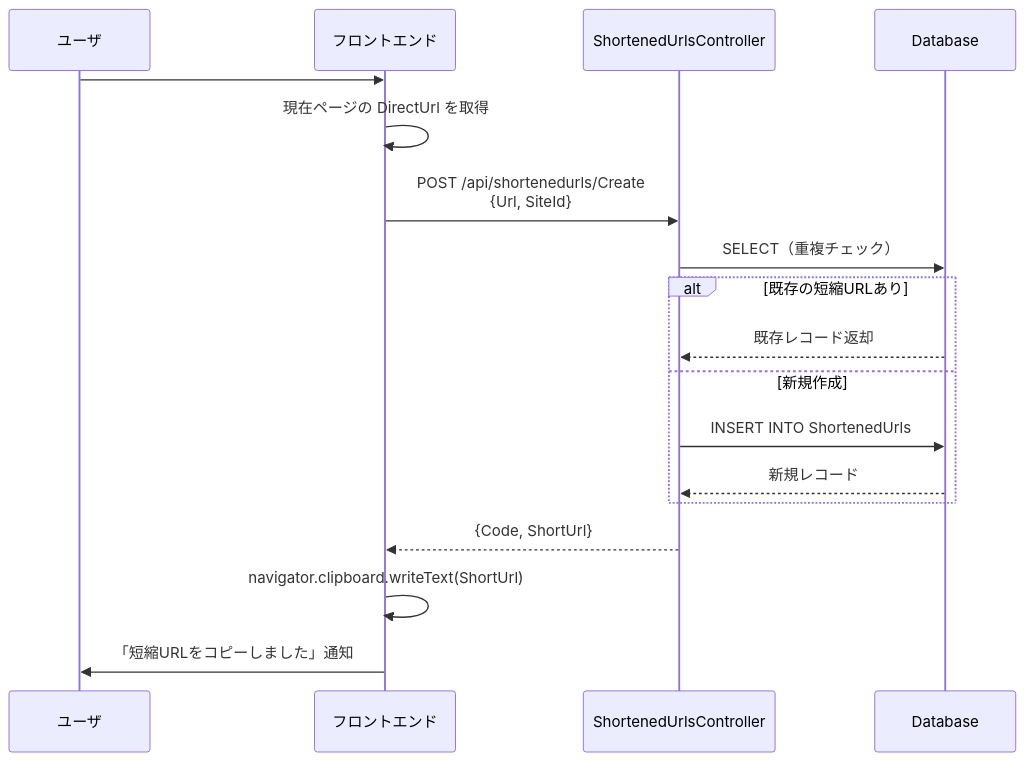
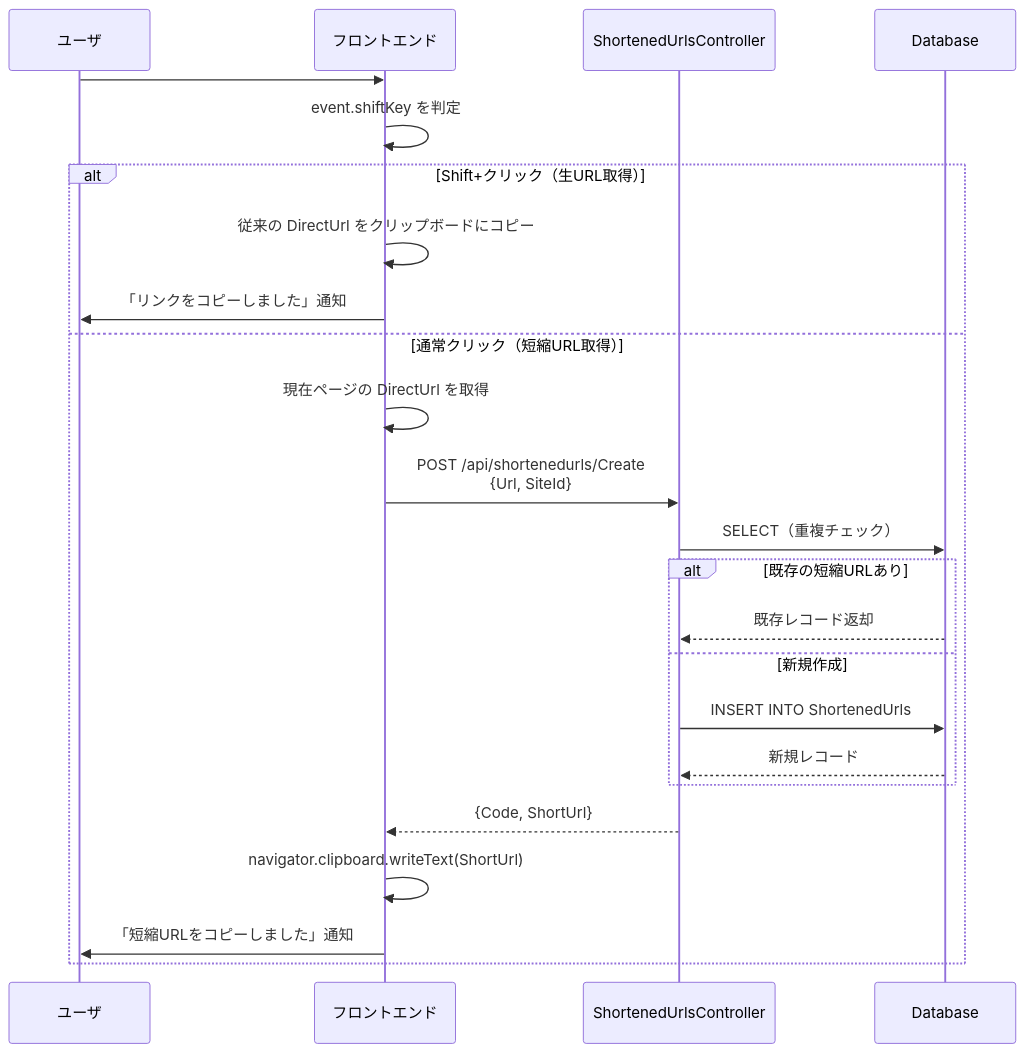
The fourth of 7 diagrams in docs/research/04-外部連携・フィード/006-短縮URL機能設計.md (vehiclevisionjp/VehicleVision.Pleasanter.ResearchDocuments), drawn with Mermaid before and after one commit. The commit also changed other lines of this file, not shown here.

Commit message:
docs: Shift+クリックで生URL取得の設計を追加

````diff
--- a/docs/research/04-外部連携・フィード/006-短縮URL機能設計.md
+++ b/docs/research/04-外部連携・フィード/006-短縮URL機能設計.md
@@ -806,21 +808,27 @@
 ```mermaid
 sequenceDiagram
     participant User as ユーザ
     participant UI as フロントエンド
     participant Server as ShortenedUrlsController
     participant DB as Database
 
     User->>UI: #CopyToClipboards ボタン押下
-    UI->>UI: 現在ページの DirectUrl を取得
-    UI->>Server: POST /api/shortenedurls/Create<br/>{Url, SiteId}
-    Server->>DB: SELECT（重複チェック）
-    alt 既存の短縮URLあり
-        DB-->>Server: 既存レコード返却
-    else 新規作成
-        Server->>DB: INSERT INTO ShortenedUrls
-        DB-->>Server: 新規レコード
+    UI->>UI: event.shiftKey を判定
+    alt Shift+クリック（生URL取得）
+        UI->>UI: 従来の DirectUrl をクリップボードにコピー
+        UI->>User: 「リンクをコピーしました」通知
+    else 通常クリック（短縮URL取得）
+        UI->>UI: 現在ページの DirectUrl を取得
+        UI->>Server: POST /api/shortenedurls/Create<br/>{Url, SiteId}
+        Server->>DB: SELECT（重複チェック）
+        alt 既存の短縮URLあり
+            DB-->>Server: 既存レコード返却
+        else 新規作成
+            Server->>DB: INSERT INTO ShortenedUrls
+            DB-->>Server: 新規レコード
+        end
+        Server-->>UI: {Code, ShortUrl}
+        UI->>UI: navigator.clipboard.writeText(ShortUrl)
+        UI->>User: 「短縮URLをコピーしました」通知
     end
-    Server-->>UI: {Code, ShortUrl}
-    UI->>UI: navigator.clipboard.writeText(ShortUrl)
-    UI->>User: 「短縮URLをコピーしました」通知
 ```
````
